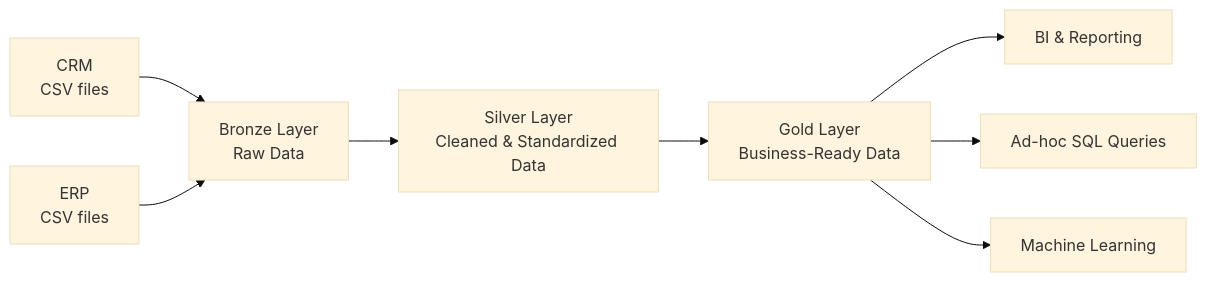
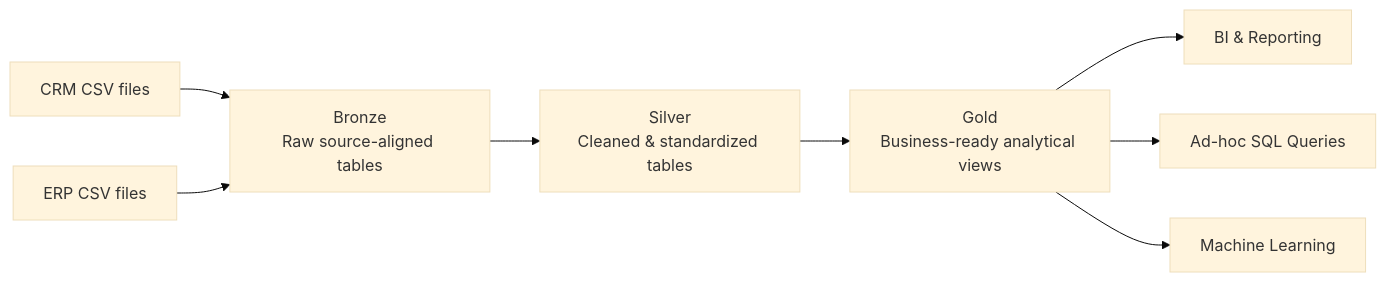
Before and after one commit to gw-ai-security/sql-data-engineering-portfolio: the diagram in 01_data_warehouse/README.md, drawn with Mermaid (base theme). The commit also changed other lines of this file, not shown here.

Commit message:
docs: align warehouse README with bronze implementation

````diff
--- a/01_data_warehouse/README.md
+++ b/01_data_warehouse/README.md
@@ -15,10 +17,10 @@
 ```mermaid
 flowchart LR
-    CRM[CRM\nCSV files] --> B[Bronze Layer\nRaw Data]
-    ERP[ERP\nCSV files] --> B
-    B --> S[Silver Layer\nCleaned & Standardized Data]
-    S --> G[Gold Layer\nBusiness-Ready Data]
+    CRM[CRM CSV files] --> B[Bronze\nRaw source-aligned tables]
+    ERP[ERP CSV files] --> B
+    B --> S[Silver\nCleaned & standardized tables]
+    S --> G[Gold\nBusiness-ready analytical views]
     G --> BI[BI & Reporting]
     G --> SQL[Ad-hoc SQL Queries]
     G --> ML[Machine Learning]
 ```
````
